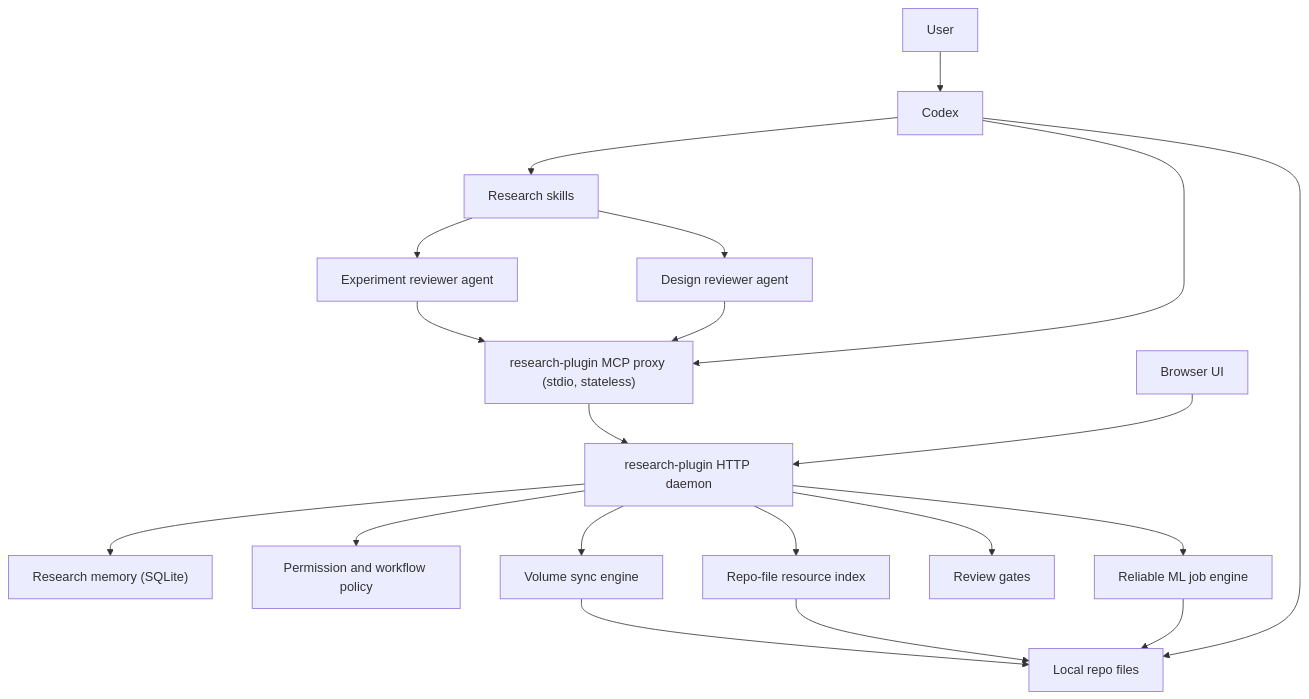
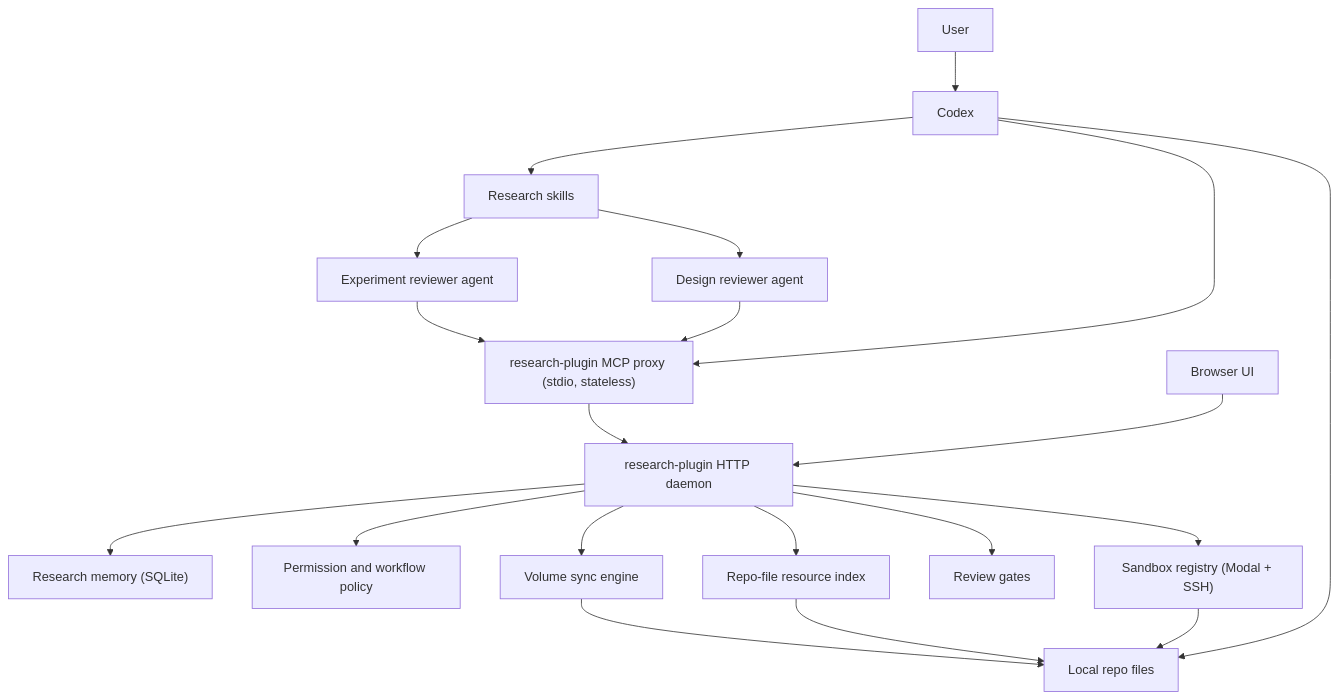
Before and after one commit to NGXT-Inc/Research-Suite: the diagram in research_plugin/docs/ARCHITECTURE.md, drawn with Mermaid. The commit also changed other lines of this file and 81 other files, not shown here.

Commit message:
No more jobs, direct SSH to sandboxes for agents

````diff
--- a/research_plugin/docs/ARCHITECTURE.md
+++ b/research_plugin/docs/ARCHITECTURE.md
@@ -34,25 +34,25 @@
 ```mermaid
 flowchart TD
   User["User"] --> Codex["Codex"]
   Codex --> Skills["Research skills"]
   Codex --> LocalRepo["Local repo files"]
   Codex --> MCPProxy["research-plugin MCP proxy (stdio, stateless)"]
 
   Browser["Browser UI"] --> Daemon["research-plugin HTTP daemon"]
   MCPProxy --> Daemon
 
   Daemon --> Memory["Research memory (SQLite)"]
   Daemon --> Policy["Permission and workflow policy"]
-  Daemon --> Jobs["Reliable ML job engine"]
+  Daemon --> Jobs["Sandbox registry (Modal + SSH)"]
   Daemon --> ResourceIndex["Repo-file resource index"]
   Daemon --> ReviewGates["Review gates"]
   Daemon --> Sync["Volume sync engine"]
 
   Skills --> DesignReviewer["Design reviewer agent"]
   Skills --> ExperimentReviewer["Experiment reviewer agent"]
   DesignReviewer --> MCPProxy
   ExperimentReviewer --> MCPProxy
   Jobs --> LocalRepo
   ResourceIndex --> LocalRepo
   Sync --> LocalRepo
 ```
````
